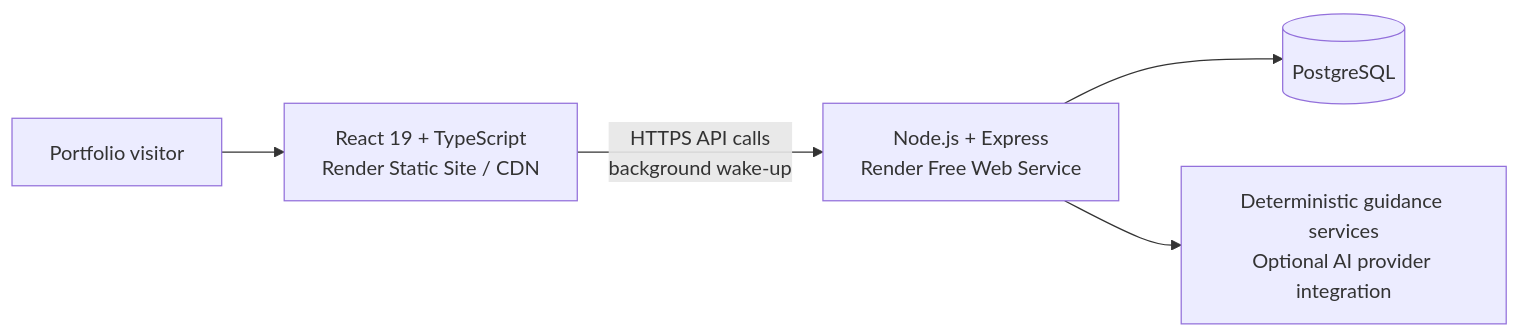
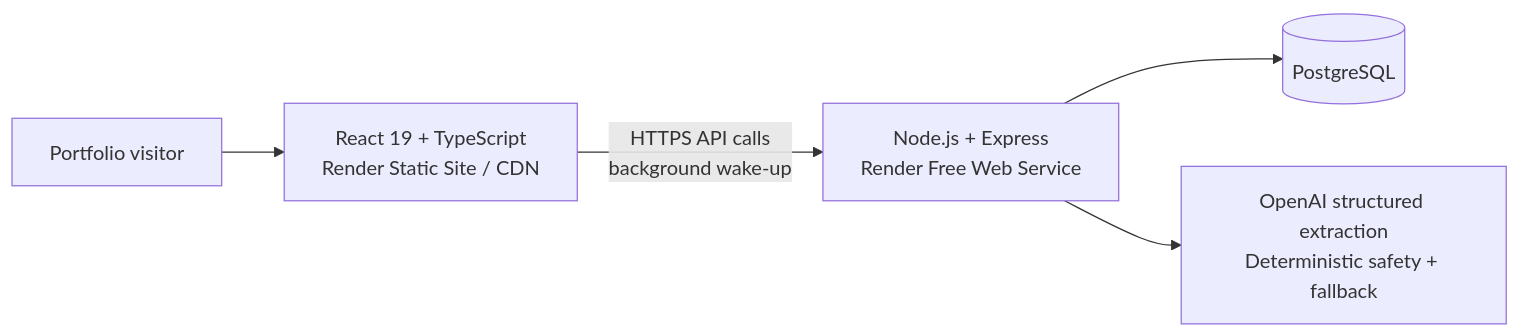
Before and after one commit to DKon109/AI-chatbot: the second of 2 diagrams in README.md, drawn with Mermaid. The commit also changed other lines of this file and 20 other files, not shown here.

````diff
--- a/README.md
+++ b/README.md
@@ -40,7 +56,7 @@
 ```mermaid
 flowchart LR
     U["Portfolio visitor"] --> W["React 19 + TypeScript<br/>Render Static Site / CDN"]
     W -->|"HTTPS API calls<br/>background wake-up"| A["Node.js + Express<br/>Render Free Web Service"]
     A --> D[("PostgreSQL")]
-    A --> S["Deterministic guidance services<br/>Optional AI provider integration"]
+    A --> S["OpenAI structured extraction<br/>Deterministic safety + fallback"]
 ```
````
